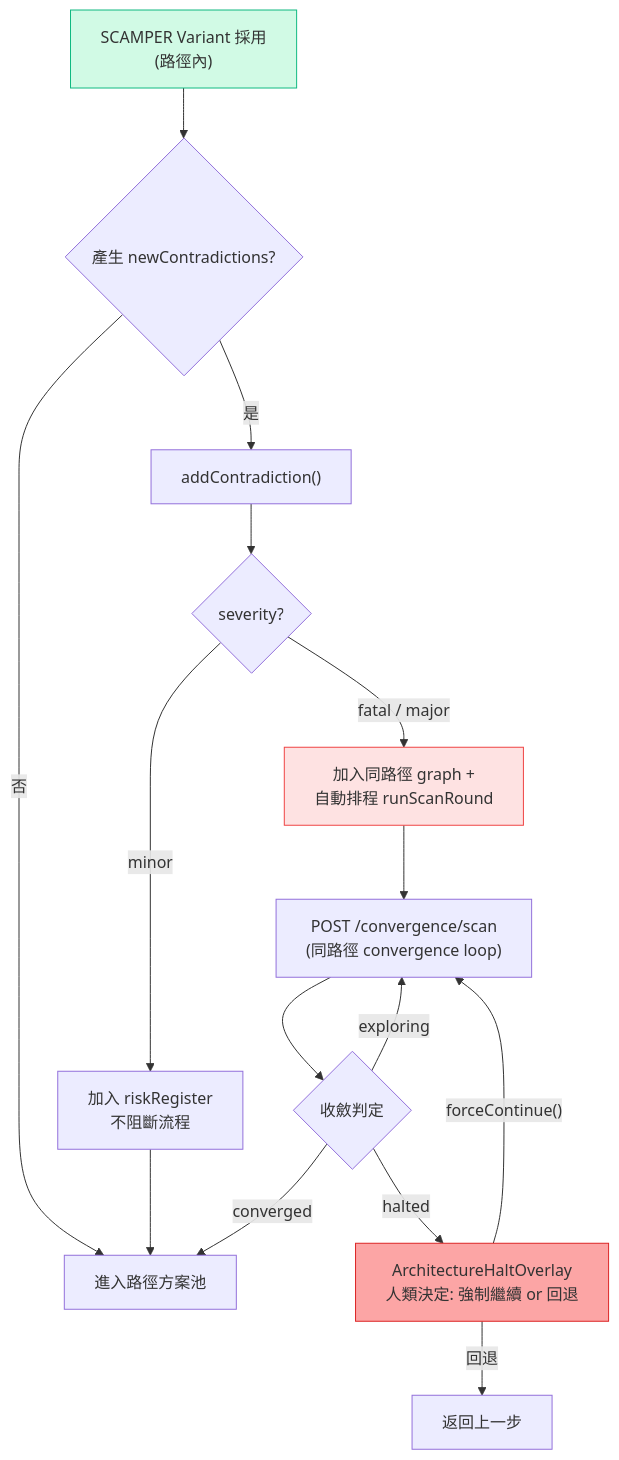
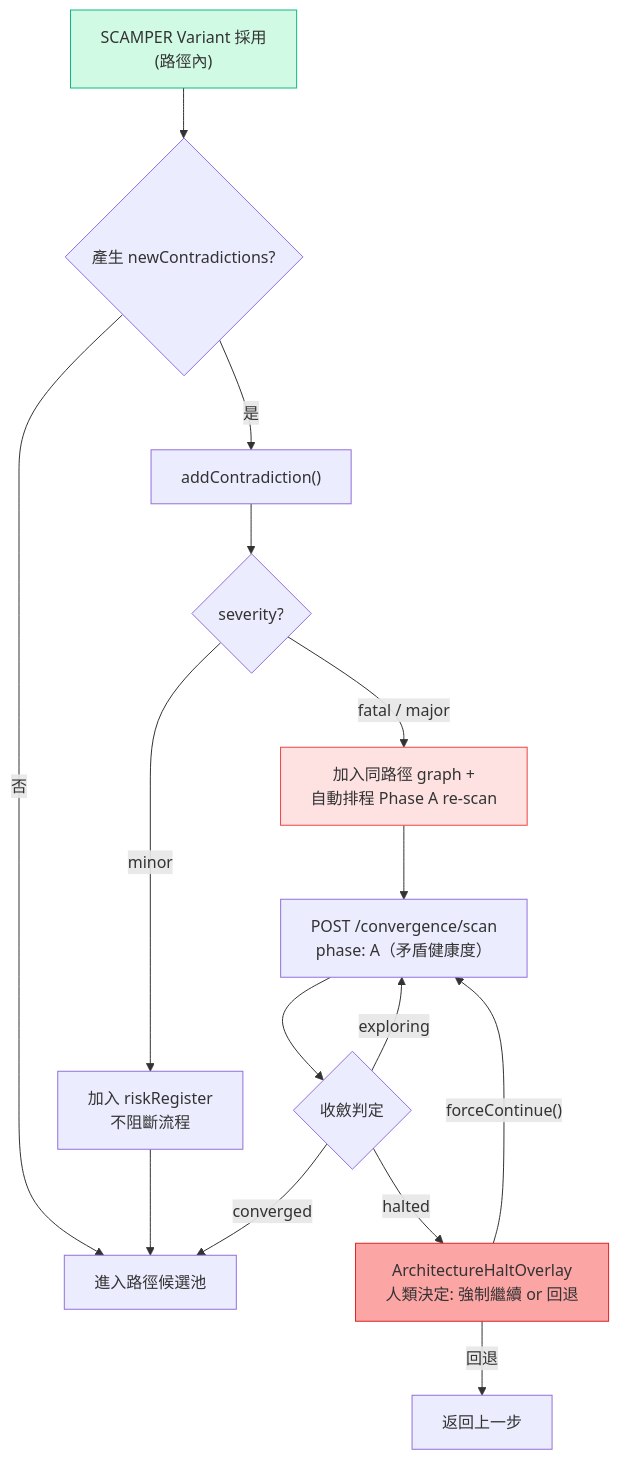
The sixth of 6 diagrams in docs/diagrams/triz-to-scamper-flow.md (JIA-HONG-CHU/design-copilot-blueprint), drawn with Mermaid before and after one commit. The commit also changed other lines of this file, not shown here.

First line of the commit message:
docs: v7 flow — production/selection separation, Phase A/B split

````diff
--- a/docs/diagrams/triz-to-scamper-flow.md
+++ b/docs/diagrams/triz-to-scamper-flow.md
@@ -241,21 +260,21 @@
 ```mermaid
 flowchart TB
     A["SCAMPER Variant 採用<br/>(路徑內)"] --> B{"產生 newContradictions?"}
-    B -->|"否"| C["進入路徑方案池"]
+    B -->|"否"| C["進入路徑候選池"]
     B -->|"是"| D["addContradiction()"]
     D --> E{"severity?"}
     E -->|"minor"| F["加入 riskRegister<br/>不阻斷流程"]
     F --> C
-    E -->|"fatal / major"| G["加入同路徑 graph +<br/>自動排程 runScanRound"]
-    G --> H["POST /convergence/scan<br/>(同路徑 convergence loop)"]
+    E -->|"fatal / major"| G["加入同路徑 graph +<br/>自動排程 Phase A re-scan"]
+    G --> H["POST /convergence/scan<br/>phase: A（矛盾健康度）"]
     H --> I{"收斂判定"}
     I -->|"converged"| C
     I -->|"exploring"| H
     I -->|"halted"| J["ArchitectureHaltOverlay<br/>人類決定: 強制繼續 or 回退"]
     J -->|"forceContinue()"| H
     J -->|"回退"| K["返回上一步"]
 
     style A fill:#D1FAE5,stroke:#10B981
     style G fill:#FEE2E2,stroke:#EF4444
     style J fill:#FCA5A5,stroke:#DC2626
 ```
````
